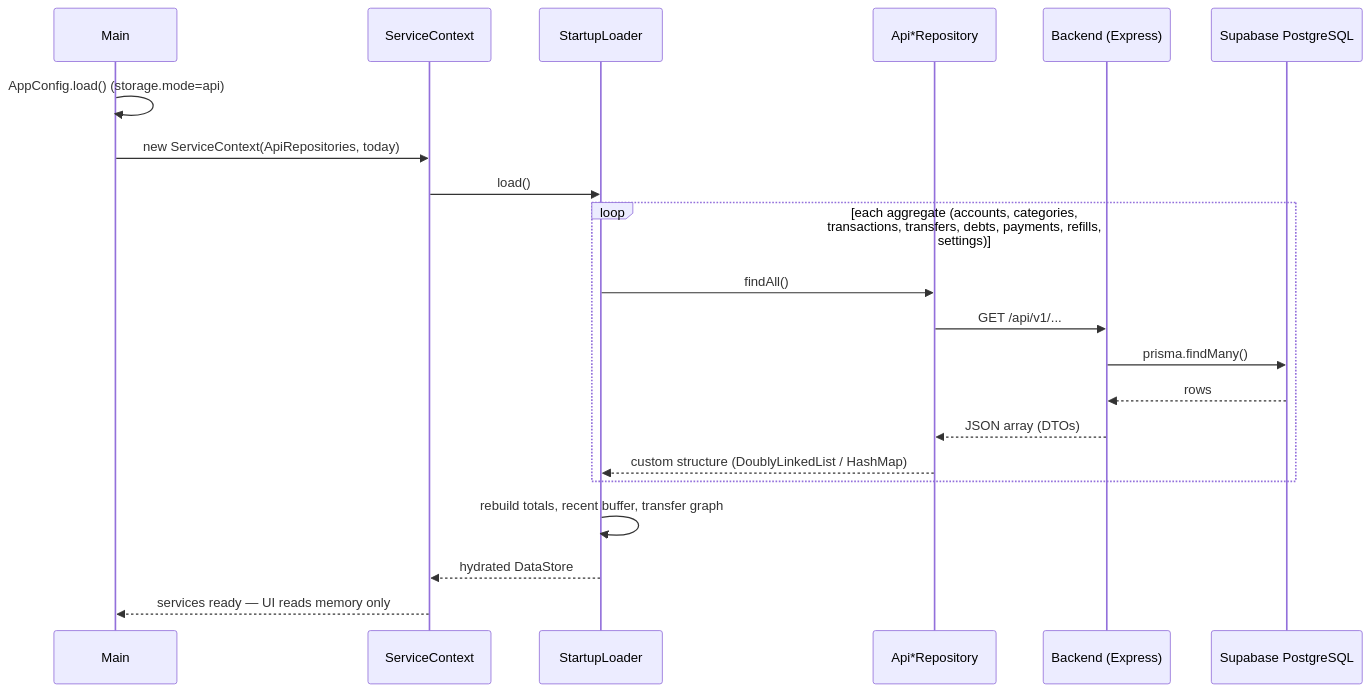
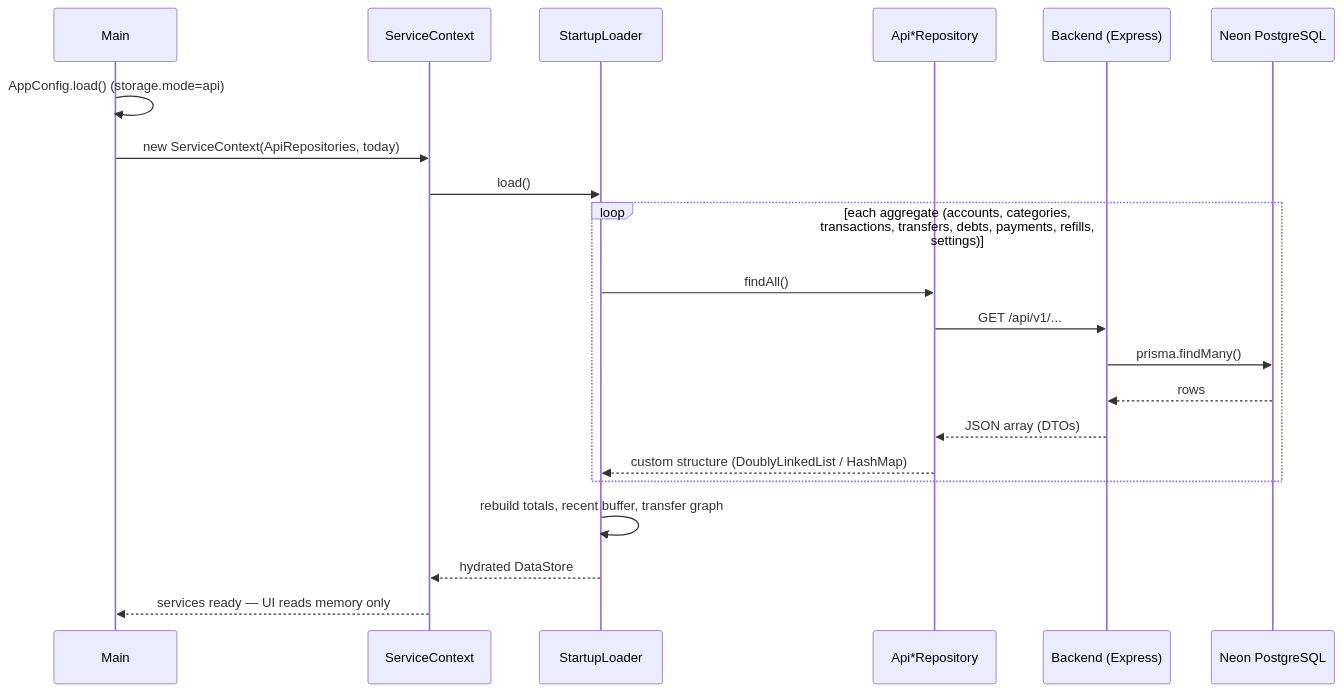
The first of 3 diagrams in docs/ARCHITECTURE.md (Wyco68/BudgetGurdian), drawn with Mermaid before and after one commit. The commit also changed other lines of this file and 10 other files, not shown here.

First line of the commit message:
build: migrate cloud persistence from Supabase to Neon

````diff
--- a/docs/ARCHITECTURE.md
+++ b/docs/ARCHITECTURE.md
@@ -76,24 +76,24 @@
 ```mermaid
 sequenceDiagram
     participant Main
     participant SC as ServiceContext
     participant SL as StartupLoader
     participant Repo as Api*Repository
     participant BE as Backend (Express)
-    participant DB as Supabase PostgreSQL
+    participant DB as Neon PostgreSQL
 
     Main->>Main: AppConfig.load()  (storage.mode=api)
     Main->>SC: new ServiceContext(ApiRepositories, today)
     SC->>SL: load()
     loop each aggregate (accounts, categories, transactions, transfers, debts, payments, refills, settings)
         SL->>Repo: findAll()
         Repo->>BE: GET /api/v1/...
         BE->>DB: prisma.findMany()
         DB-->>BE: rows
         BE-->>Repo: JSON array (DTOs)
         Repo-->>SL: custom structure (DoublyLinkedList / HashMap)
     end
     SL->>SL: rebuild totals, recent buffer, transfer graph
     SL-->>SC: hydrated DataStore
     SC-->>Main: services ready — UI reads memory only
 ```
````
